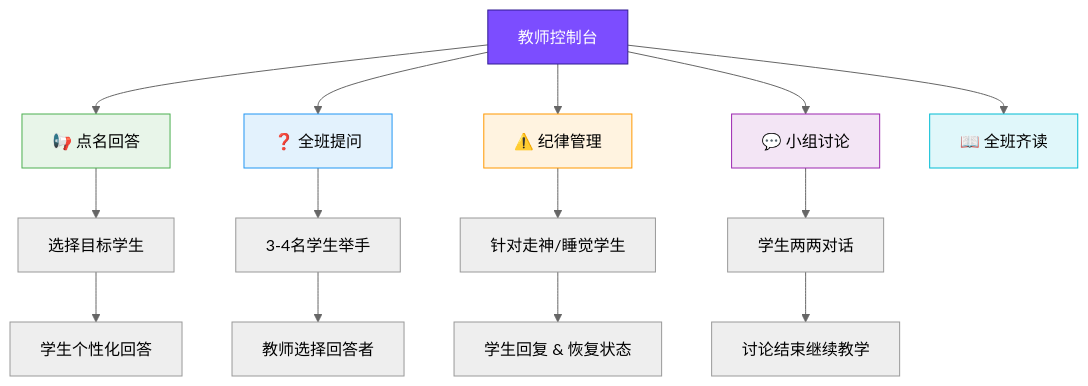
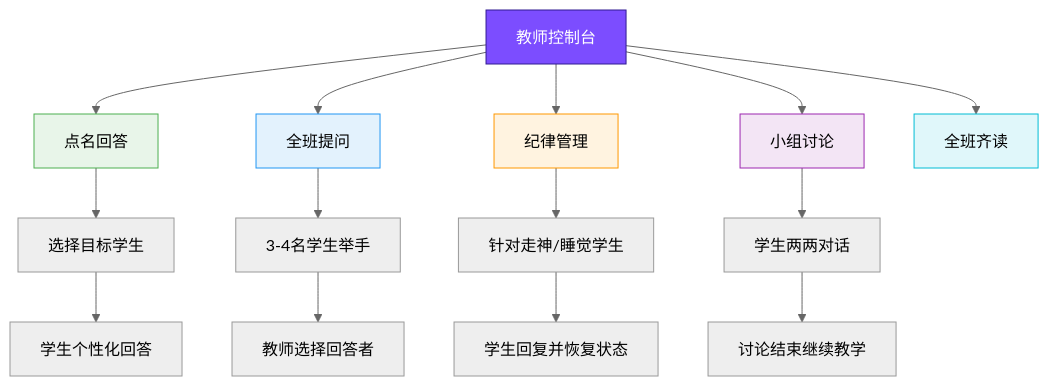
One commit to lzytttttt/ai-virtual-classroom changed the second of 5 diagrams in README.md. Above: the diagram before and after it, drawn with Mermaid (neutral theme). The commit also changed other lines of this file, not shown here.

Commit message:
fix: 修复Mermaid图表GitHub渲染兼容性问题

````diff
--- a/README.md
+++ b/README.md
@@ -149,27 +149,27 @@
 ```mermaid
 flowchart TD
-    START["教师控制台"] --> A["📢 点名回答"]
-    START --> B["❓ 全班提问"]
-    START --> C["⚠️ 纪律管理"]
-    START --> D["💬 小组讨论"]
-    START --> E["📖 全班齐读"]
+    START["教师控制台"] --> A["点名回答"]
+    START --> B["全班提问"]
+    START --> C["纪律管理"]
+    START --> D["小组讨论"]
+    START --> E["全班齐读"]
 
     A --> A1["选择目标学生"]
     A1 --> A2["学生个性化回答"]
 
     B --> B1["3-4名学生举手"]
     B1 --> B2["教师选择回答者"]
 
     C --> C1["针对走神/睡觉学生"]
-    C1 --> C2["学生回复 & 恢复状态"]
+    C1 --> C2["学生回复并恢复状态"]
 
     D --> D1["学生两两对话"]
     D1 --> D2["讨论结束继续教学"]
 
     style START fill:#7C4DFF,stroke:#311B92,color:#fff
     style A fill:#E8F5E9,stroke:#4CAF50
     style B fill:#E3F2FD,stroke:#2196F3
     style C fill:#FFF3E0,stroke:#FF9800
     style D fill:#F3E5F5,stroke:#9C27B0
     style E fill:#E0F7FA,stroke:#00BCD4
 ```
````
